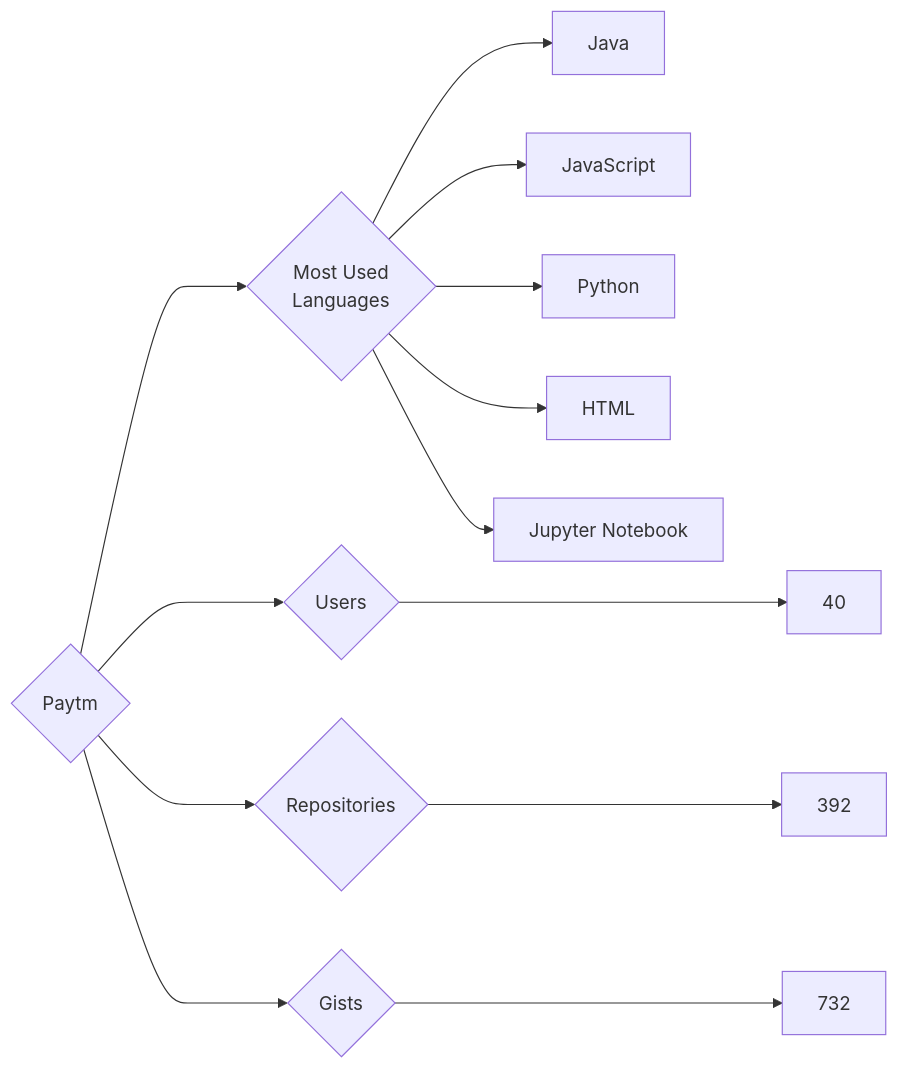
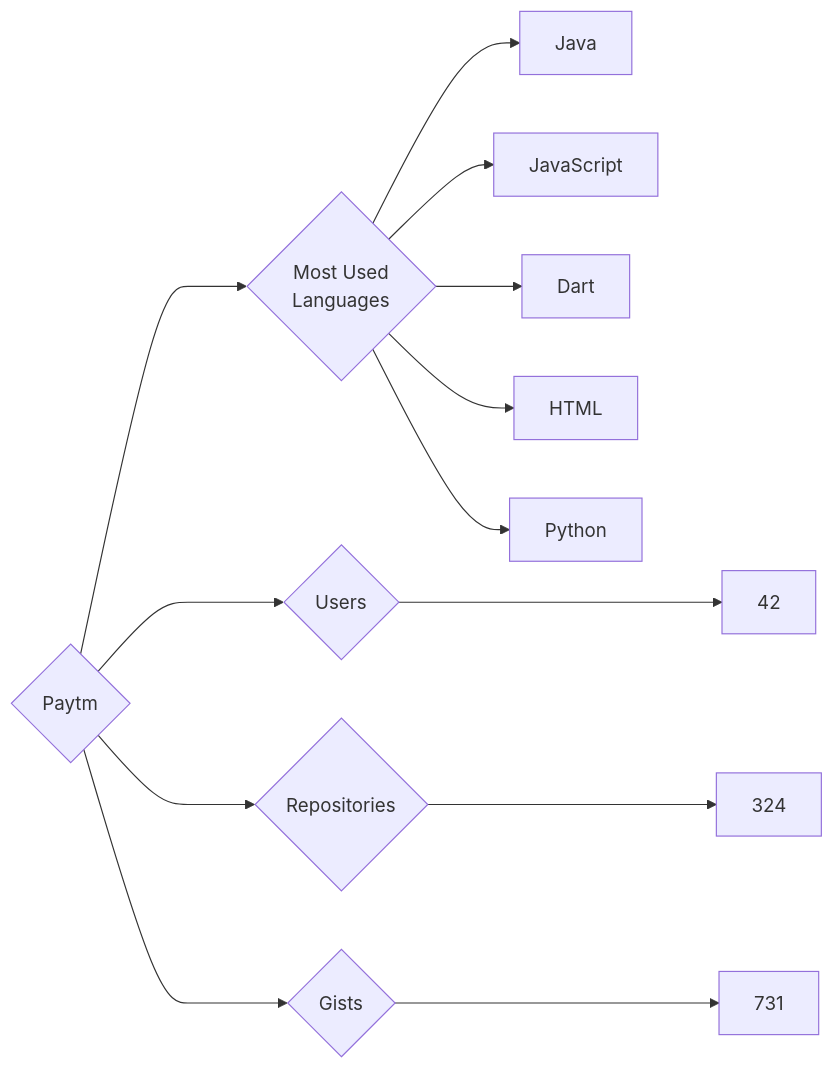
Before and after one commit to trickest/insiders: the diagram in targets/Paytm/README.md, drawn with Mermaid. The commit also changed 912 other files, not shown here.

````diff
--- a/targets/Paytm/README.md
+++ b/targets/Paytm/README.md
@@ -3,13 +3,13 @@
 ```mermaid
 graph LR
 COMPANY_NAME{Paytm}
-COMPANY_NAME ---> U{Users} ---> UN[40]
-COMPANY_NAME ---> R{Repositories} ---> RN[392]
-COMPANY_NAME ---> G{Gists} ---> GN[732]
+COMPANY_NAME ---> U{Users} ---> UN[42]
+COMPANY_NAME ---> R{Repositories} ---> RN[324]
+COMPANY_NAME ---> G{Gists} ---> GN[731]
 COMPANY_NAME ---> ML{Most Used<br>Languages}
 ML --> Java[Java]
 ML --> JavaScript[JavaScript]
+ML --> Dart[Dart]
+ML --> HTML[HTML]
 ML --> Python[Python]
-ML --> HTML[HTML]
-ML --> Jupyter_Notebook[Jupyter Notebook]
 ```
````
